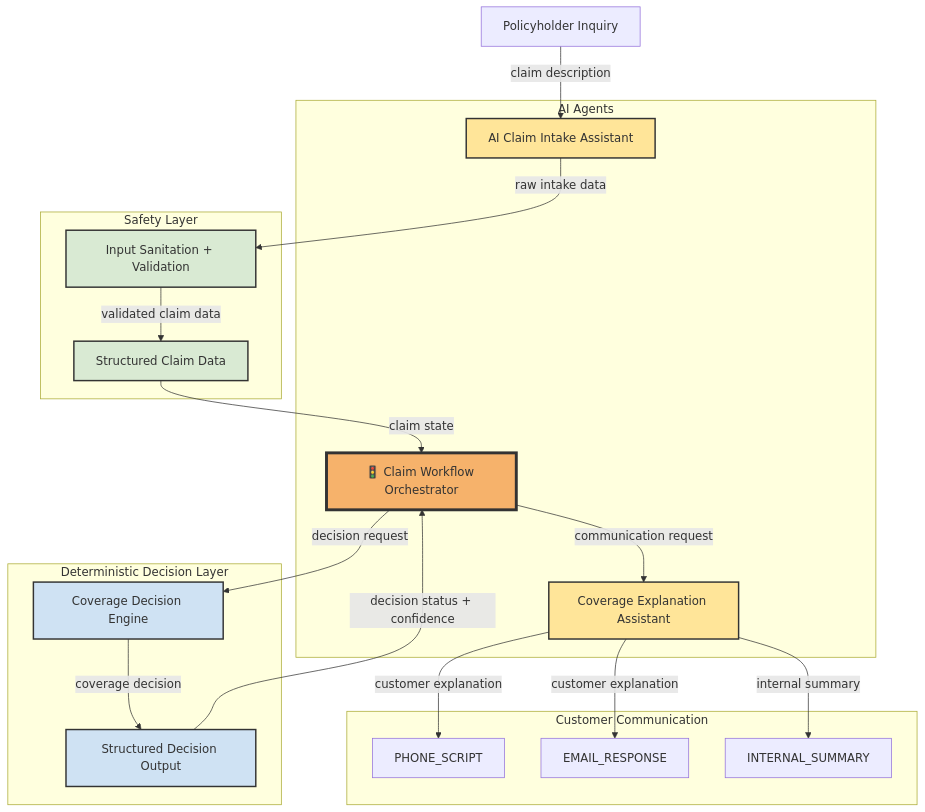
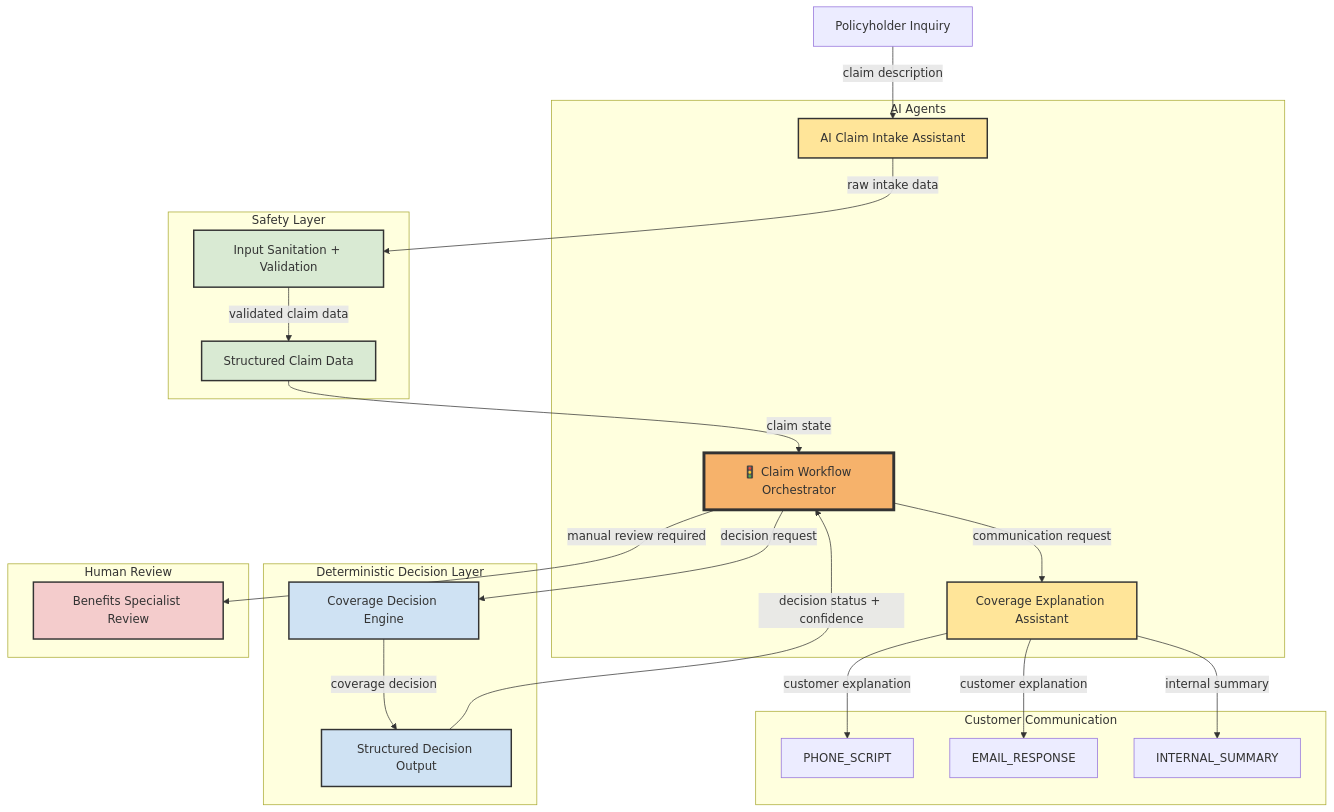
Before and after one commit to badenaaron-oss/ai-claim-workflow-orchestrator: the diagram in README.md, drawn with Mermaid.

````diff
--- a/README.md
+++ b/README.md
@@ -13,55 +13,63 @@
 ```mermaid
 flowchart TD
 
 A[Policyholder Inquiry]
 
 subgraph AI Agents
 B[AI Claim Intake Assistant]
 E[🚦 Claim Workflow Orchestrator]
 F[Coverage Explanation Assistant]
 end
 
 subgraph Safety Layer
 C[Input Sanitation + Validation]
 D[Structured Claim Data]
 end
 
 subgraph Deterministic Decision Layer
 G[Coverage Decision Engine]
 H[Structured Decision Output]
 end
 
+subgraph Human Review
+L[Benefits Specialist Review]
+end
+
 subgraph Customer Communication
 I[PHONE_SCRIPT]
 J[EMAIL_RESPONSE]
 K[INTERNAL_SUMMARY]
 end
 
 A -->|claim description| B
 B -->|raw intake data| C
 C -->|validated claim data| D
 D -->|claim state| E
 
 E -->|decision request| G
 G -->|coverage decision| H
 
 H -->|decision status + confidence| E
 
 E -->|communication request| F
 
+E -->|manual review required| L
+
 F -->|customer explanation| I
 F -->|customer explanation| J
 F -->|internal summary| K
 
 %% styling
 
 classDef ai fill:#ffe599,stroke:#333,stroke-width:2px
 classDef orchestrator fill:#f6b26b,stroke:#333,stroke-width:4px
 classDef safety fill:#d9ead3,stroke:#333,stroke-width:2px
 classDef decision fill:#cfe2f3,stroke:#333,stroke-width:2px
+classDef human fill:#f4cccc,stroke:#333,stroke-width:2px
 
 class B,F ai
 class E orchestrator
 class C,D safety
 class G,H decision
+class L human
 ```
````
